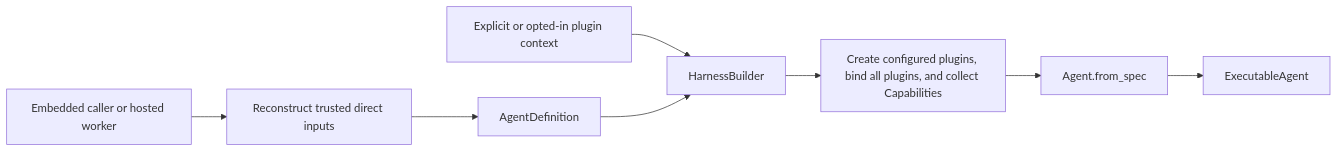
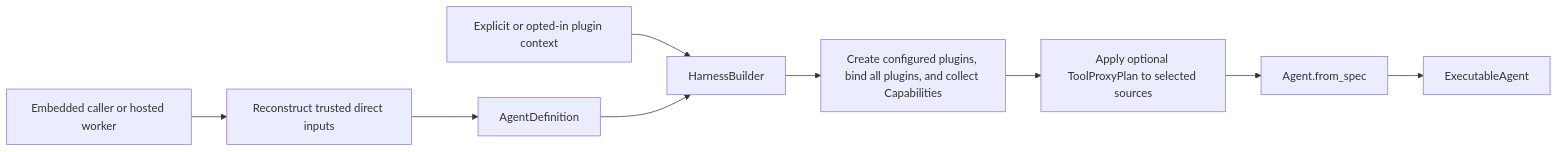
One commit to LTThreeComma/agent-foundation changed the first of 2 diagrams in spec/a13n-harness/03-agent-definition-and-build.md. Above: the diagram before and after it, drawn with Mermaid. The commit also changed other lines of this file and 32 other files, not shown here.

First line of the commit message:
feat(harness-ui): configure tool proxy groups for Agent sources (#392)

````diff
--- a/spec/a13n-harness/03-agent-definition-and-build.md
+++ b/spec/a13n-harness/03-agent-definition-and-build.md
@@ -9,10 +9,11 @@
 ```mermaid
 flowchart LR
     Host[Embedded caller or hosted worker] --> Reconstruct[Reconstruct trusted direct inputs]
     Reconstruct --> Definition[AgentDefinition]
     Config[Explicit or opted-in plugin context] --> Builder[HarnessBuilder]
     Definition --> Builder
     Builder --> Plugins[Create configured plugins, bind all plugins, and collect Capabilities]
-    Plugins --> FromSpec[Agent.from_spec]
+    Plugins --> Presentation[Apply optional ToolProxyPlan to selected sources]
+    Presentation --> FromSpec[Agent.from_spec]
     FromSpec --> Executable[ExecutableAgent]
 ```
````
